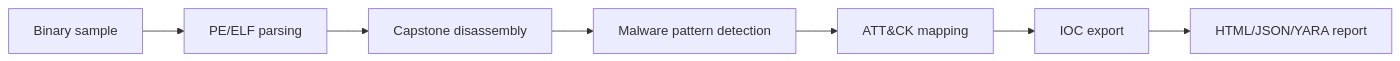
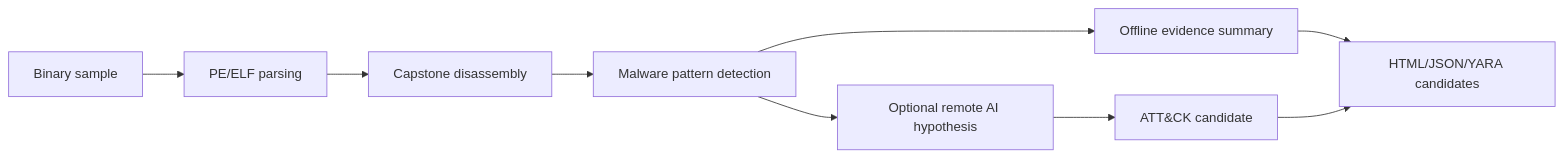
The diagram in README.md (anpa1200/AIDebug), drawn with Mermaid before and after one commit. The commit also changed other lines of this file and 74 other files, not shown here.

````diff
--- a/README.md
+++ b/README.md
@@ -116,9 +154,11 @@
 ```mermaid
 flowchart LR
   Sample[Binary sample] --> Parse[PE/ELF parsing]
   Parse --> Disasm[Capstone disassembly]
   Disasm --> Patterns[Malware pattern detection]
-  Patterns --> Attack[ATT&CK mapping]
-  Attack --> IOC[IOC export]
-  IOC --> Report[HTML/JSON/YARA report]
+  Patterns --> Offline[Offline evidence summary]
+  Patterns --> Remote[Optional remote AI hypothesis]
+  Remote --> Attack[ATT&CK candidate]
+  Offline --> Report[HTML/JSON/YARA candidates]
+  Attack --> Report
 ```
````
